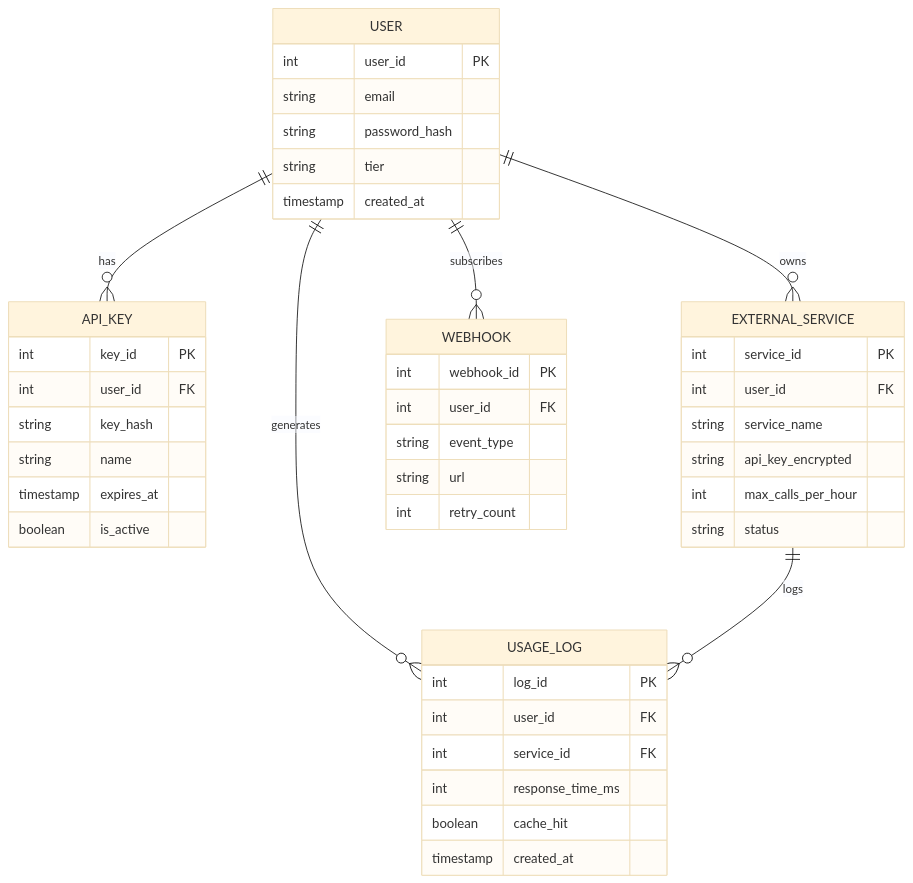
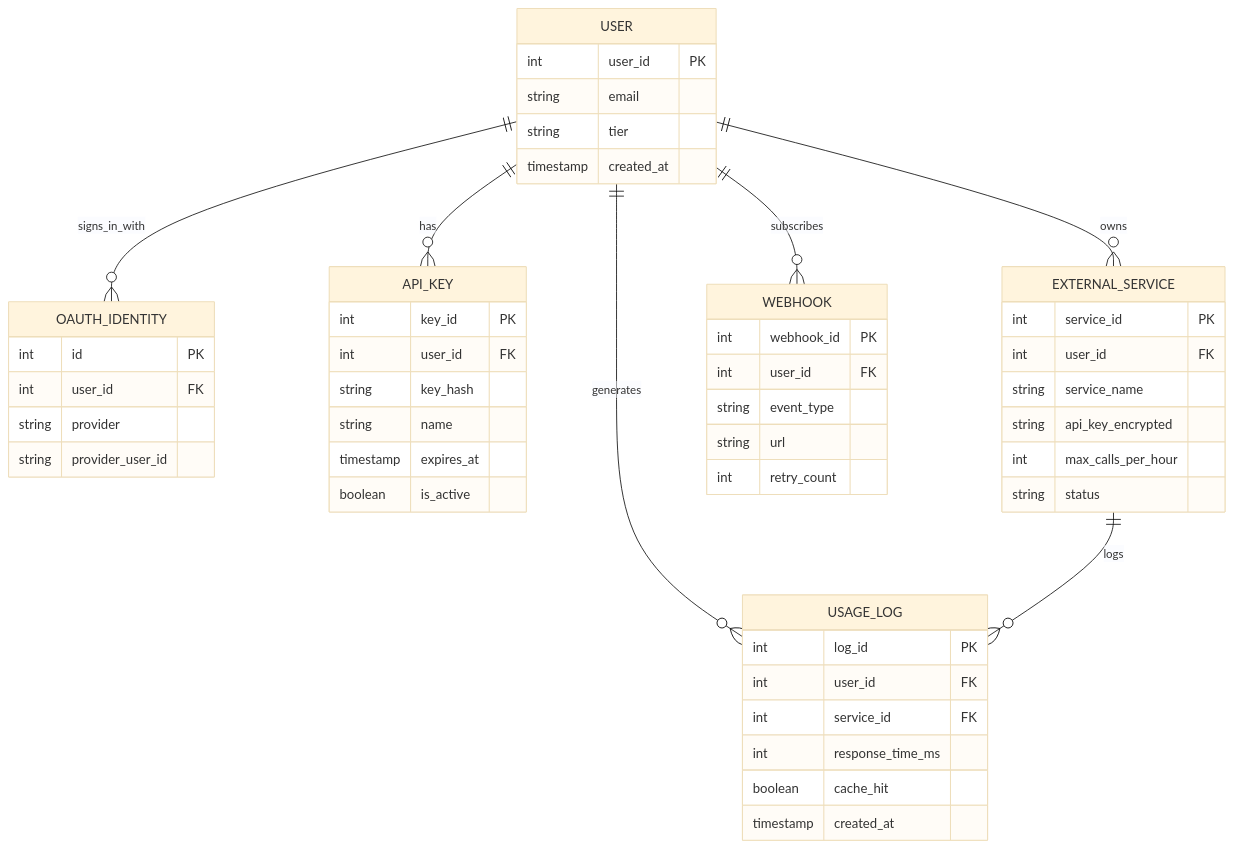
One commit to Ashutosh3021/OmniAPI changed the fourth of 4 diagrams in readme.md. Above: the diagram before and after it, drawn with Mermaid (base theme). The commit also changed other lines of this file and 154 other files, not shown here.

````diff
--- a/readme.md
+++ b/readme.md
@@ -611,51 +600,58 @@
 ```mermaid
 erDiagram
     USER {
         int user_id PK
         string email
-        string password_hash
         string tier
         timestamp created_at
+    }
+
+    OAUTH_IDENTITY {
+        int id PK
+        int user_id FK
+        string provider
+        string provider_user_id
     }
 
     API_KEY {
         int key_id PK
         int user_id FK
         string key_hash
         string name
         timestamp expires_at
         boolean is_active
     }
 
     EXTERNAL_SERVICE {
         int service_id PK
         int user_id FK
         string service_name
         string api_key_encrypted
         int max_calls_per_hour
         string status
     }
 
     USAGE_LOG {
         int log_id PK
         int user_id FK
         int service_id FK
         int response_time_ms
         boolean cache_hit
         timestamp created_at
     }
 
     WEBHOOK {
         int webhook_id PK
         int user_id FK
         string event_type
         string url
         int retry_count
     }
 
     USER ||--o{ API_KEY : has
     USER ||--o{ EXTERNAL_SERVICE : owns
     USER ||--o{ USAGE_LOG : generates
     USER ||--o{ WEBHOOK : subscribes
+    USER ||--o{ OAUTH_IDENTITY : signs_in_with
     EXTERNAL_SERVICE ||--o{ USAGE_LOG : logs
 ```
````
